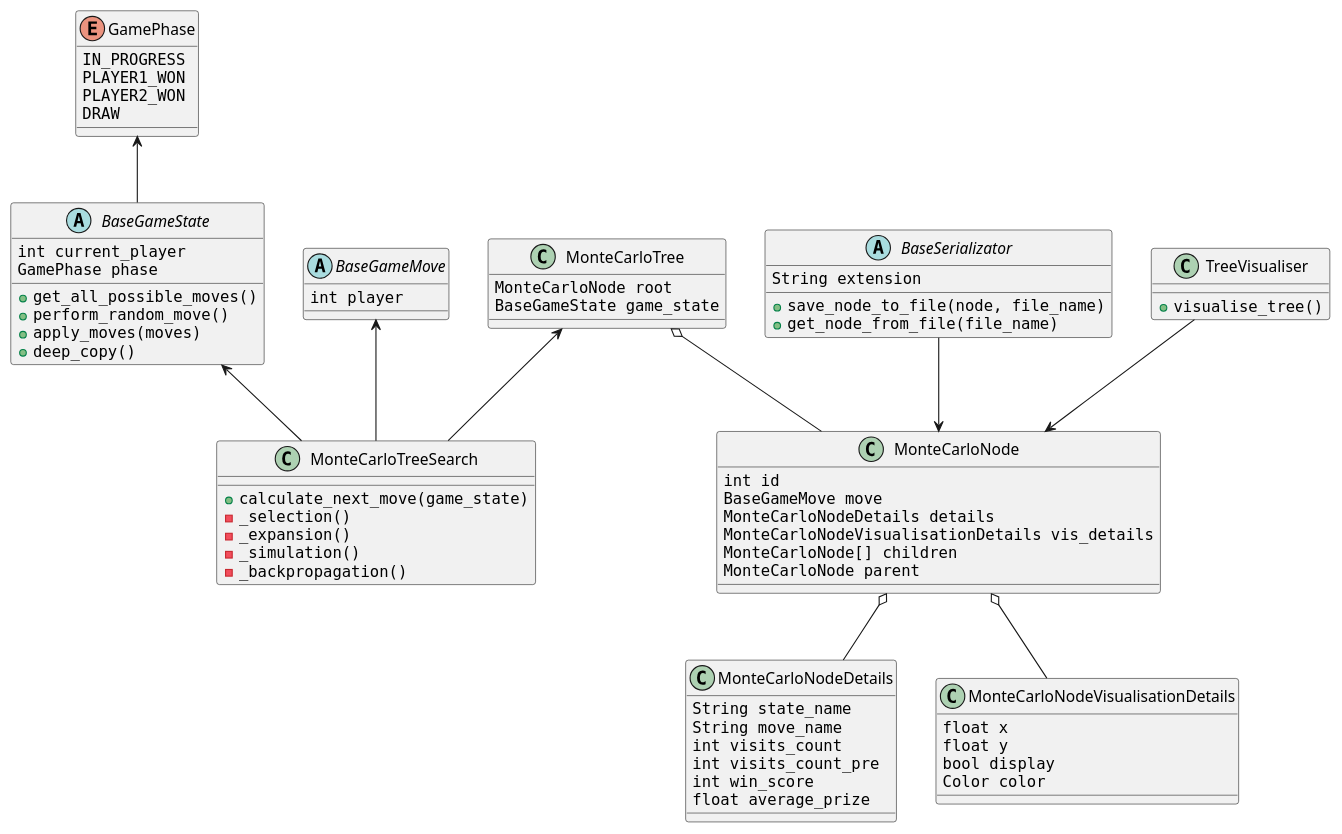
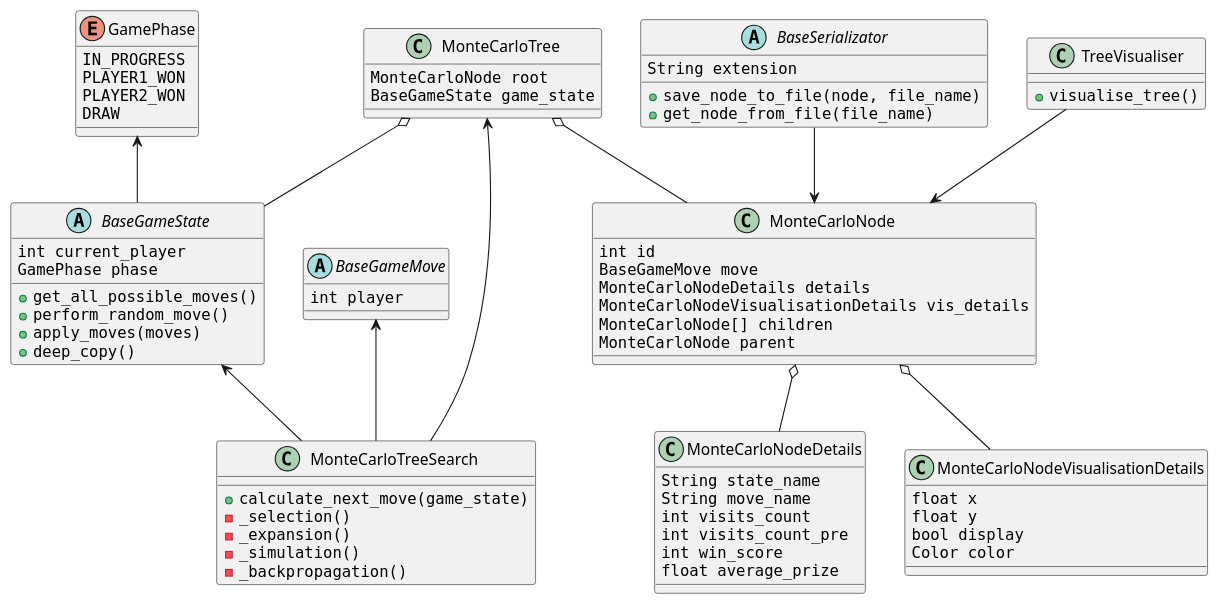
The diagram in doc/projekt-zespolowy-02/diagramy/umldiagram.wsd (patrykf-dev/uct-visualisation-thesis), drawn with PlantUML before and after one commit. The commit also changed 3 other files, not shown here.

Commit message:
Finish first diagram

```diff
--- a/doc/projekt-zespolowy-02/diagramy/umldiagram.wsd
+++ b/doc/projekt-zespolowy-02/diagramy/umldiagram.wsd
@@ -1,84 +1,85 @@
 @startuml
 enum GamePhase {
     ""IN_PROGRESS""
     ""PLAYER1_WON""
     ""PLAYER2_WON""
     ""DRAW""
 }
 
 
 class MonteCarloTreeSearch {
     {method} + ""calculate_next_move(game_state)""
     {method} - ""_selection()""
     {method} - ""_expansion()""
     {method} - ""_simulation()""
     {method} - ""_backpropagation()""
 }
 
 abstract class BaseGameMove {
     {field} ""int player""
 }
 
 abstract class BaseGameState {
     {field} ""int current_player""
     {field} ""GamePhase phase""
     {method} + ""get_all_possible_moves()""
     {method} + ""perform_random_move()""
     {method} + ""apply_moves(moves)""
     {method} + ""deep_copy()""
 }
 
 class MonteCarloTree {
     {field} ""MonteCarloNode root""
     {field} ""BaseGameState game_state""
 }
 
 class MonteCarloNode {
     {field} ""int id""
     {field} ""BaseGameMove move""
     {field} ""MonteCarloNodeDetails details""
     {field} ""MonteCarloNodeVisualisationDetails vis_details""
     {field} ""MonteCarloNode[] children""
     {field} ""MonteCarloNode parent""
 }
 
 
 class MonteCarloNodeDetails {
     {field} ""String state_name""
     {field} ""String move_name""
     {field} ""int visits_count""
     {field} ""int visits_count_pre""
     {field} ""int win_score""
     {field} ""float average_prize""
 }
 
 class MonteCarloNodeVisualisationDetails {
     {field} ""float x""
     {field} ""float y""
     {field} ""bool display""
     {field} ""Color color""
 }
 
 abstract class BaseSerializator {
     {field} ""String extension""
     {method} + ""save_node_to_file(node, file_name)""
     {method} + ""get_node_from_file(file_name)""
 }
 
 class TreeVisualiser {
   {method} + ""visualise_tree()""
 }
 
 
+MonteCarloTree o-- BaseGameState
 MonteCarloTree o-- MonteCarloNode
 MonteCarloNode o-- MonteCarloNodeDetails
 MonteCarloNode o-- MonteCarloNodeVisualisationDetails
 
 
 TreeVisualiser --> MonteCarloNode
 BaseSerializator --> MonteCarloNode
 MonteCarloTree <-- MonteCarloTreeSearch 
-BaseGameMove <-- MonteCarloTreeSearch
 BaseGameState <-- MonteCarloTreeSearch
 GamePhase <-- BaseGameState
+BaseGameMove <-- MonteCarloTreeSearch
 @enduml
```
